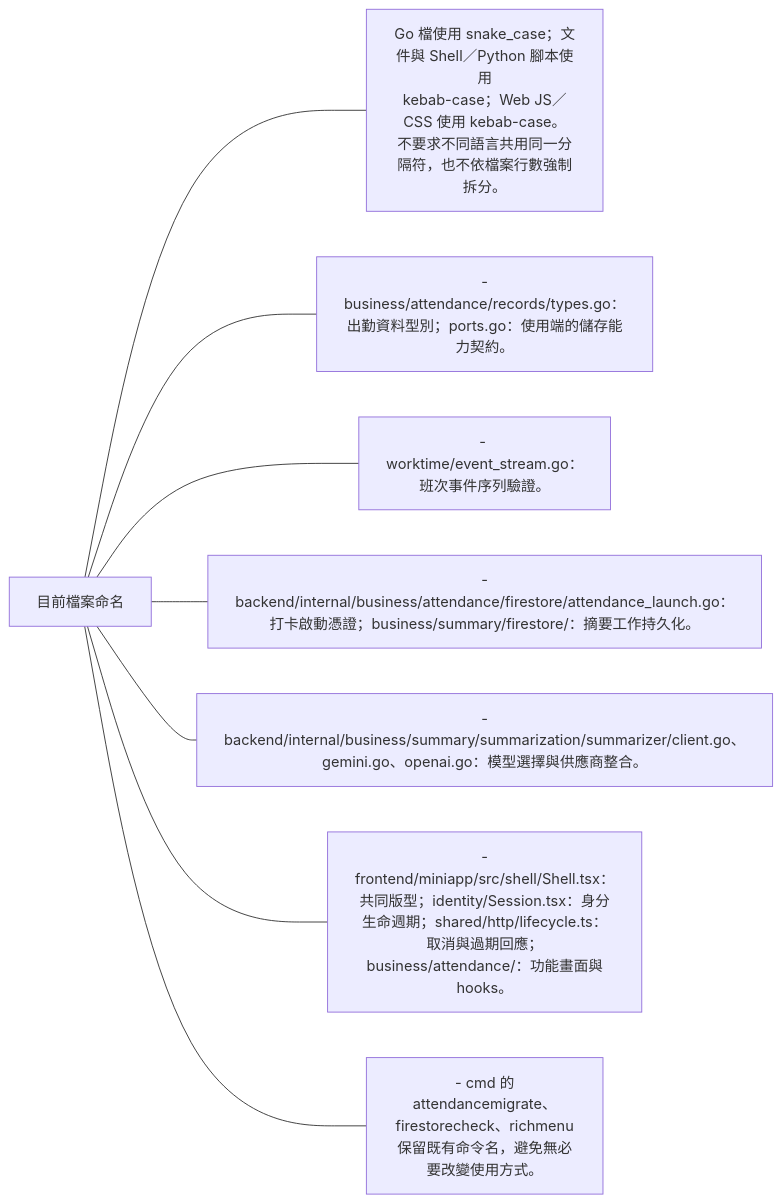
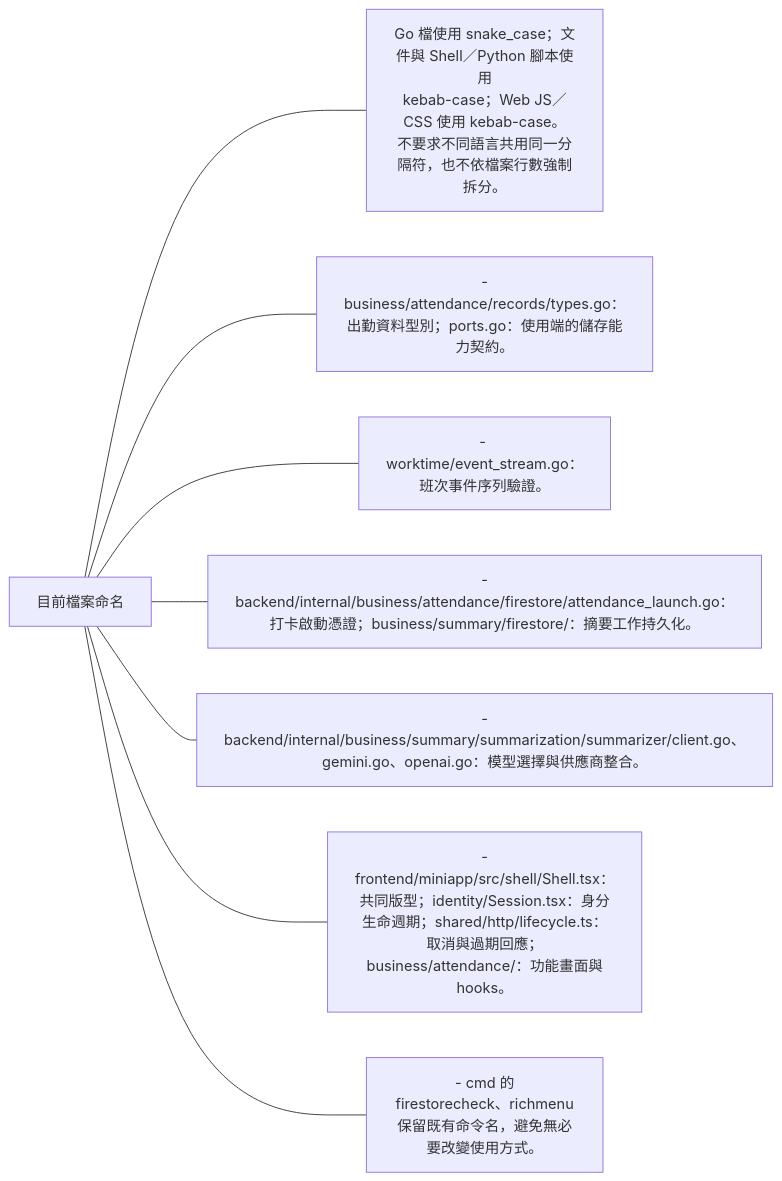
The fourth of 4 diagrams in docs/standards/naming.md (963sup/line-mini-app-bot), drawn with Mermaid before and after one commit. The commit also changed 20 other files, not shown here.

````diff
--- a/docs/standards/naming.md
+++ b/docs/standards/naming.md
@@ -51,11 +51,11 @@
 ```mermaid
 flowchart LR
   h["目前檔案命名"]
   h --- n0["Go 檔使用 snake_case；文件與 Shell／Python 腳本使用<br/>kebab-case；Web JS／CSS 使用 kebab-case。<br/>不要求不同語言共用同一分隔符，也不依檔案行數強制拆分。"]
   h --- n1["-<br/>business/attendance/records/types.go：出勤資料型別；ports.go：使用端的儲存能力契約。"]
   h --- n2["- worktime/event_stream.go：班次事件序列驗證。"]
   h --- n3["-<br/>backend/internal/business/attendance/firestore/attendance_launch.go：打卡啟動憑證；business/summary/firestore/：摘要工作持久化。"]
   h --- n4["-<br/>backend/internal/business/summary/summarization/summarizer/client.go、gemini.go、openai.go：模型選擇與供應商整合。"]
   h --- n5["-<br/>frontend/miniapp/src/shell/Shell.tsx：共同版型；identity/Session.tsx：身分生命週期；shared/http/lifecycle.ts：取消與過期回應；business/attendance/：功能畫面與<br/>hooks。"]
-  h --- n6["- cmd 的<br/>attendancemigrate、firestorecheck、richmenu<br/>保留既有命令名，避免無必要改變使用方式。"]
+  h --- n6["- cmd 的<br/>firestorecheck、richmenu<br/>保留既有命令名，避免無必要改變使用方式。"]
 ```
````
